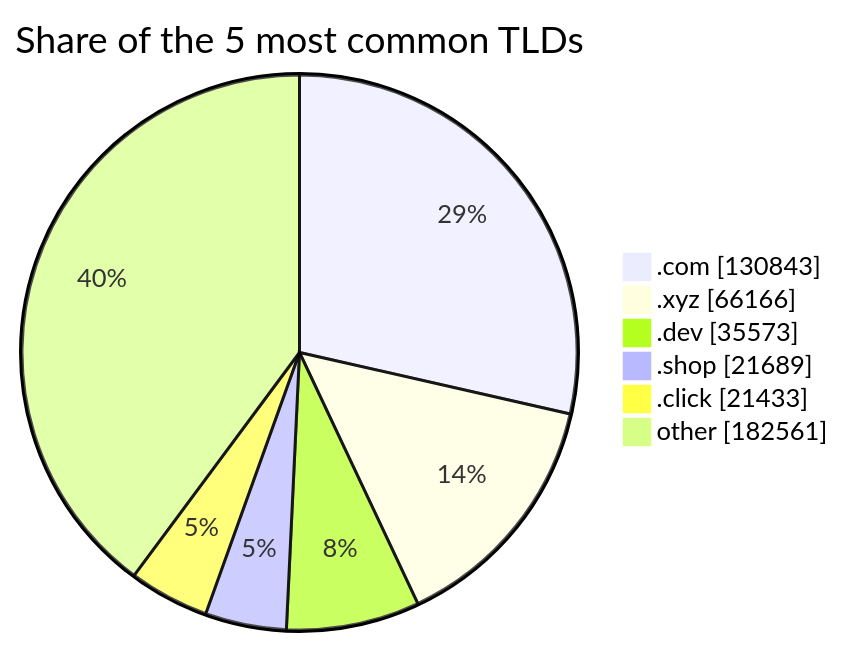
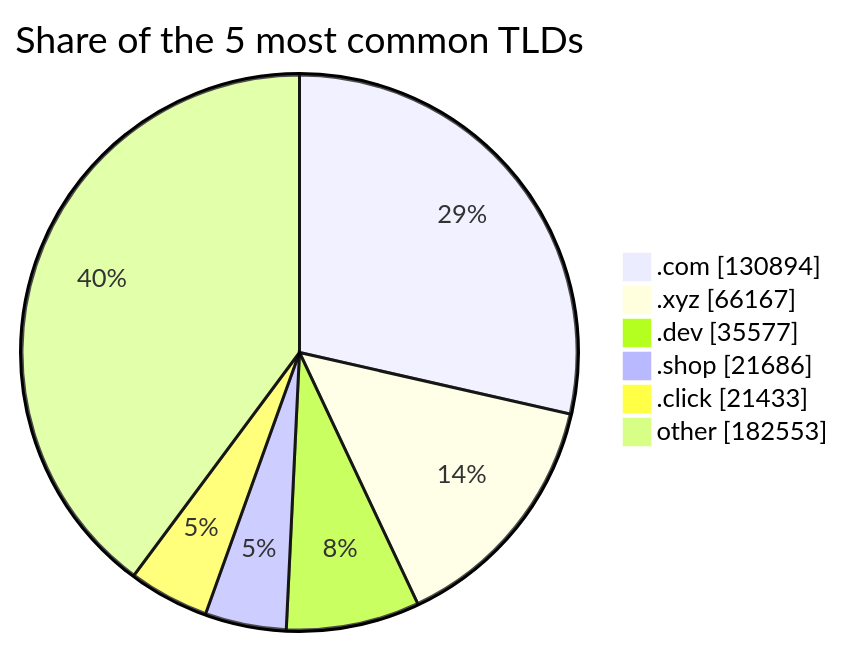
The third of 3 diagrams in README.md (DNSBunker/CTI), drawn with Mermaid before and after one commit. The commit also changed other lines of this file and 3 other files, not shown here.

````diff
--- a/README.md
+++ b/README.md
@@ -81,9 +81,9 @@
 ```mermaid
 pie showData title Share of the 5 most common TLDs
-    ".com" : 130843
-    ".xyz" : 66166
-    ".dev" : 35573
-    ".shop" : 21689
+    ".com" : 130894
+    ".xyz" : 66167
+    ".dev" : 35577
+    ".shop" : 21686
     ".click" : 21433
-    "other" : 182561
+    "other" : 182553
 ```
````
